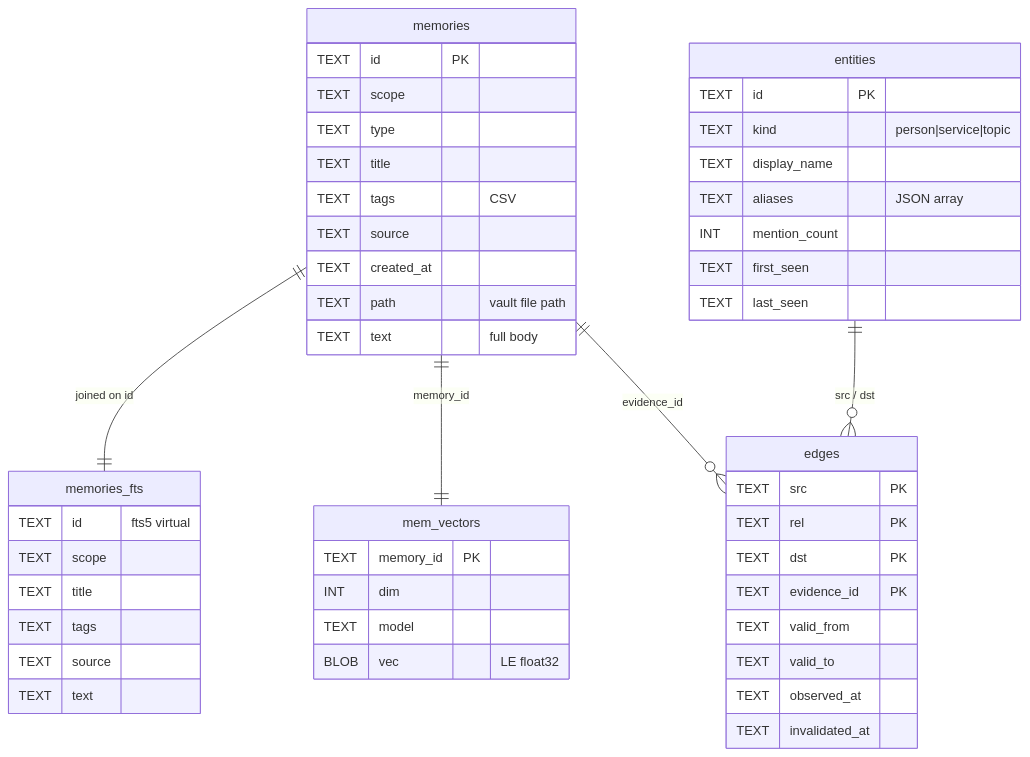
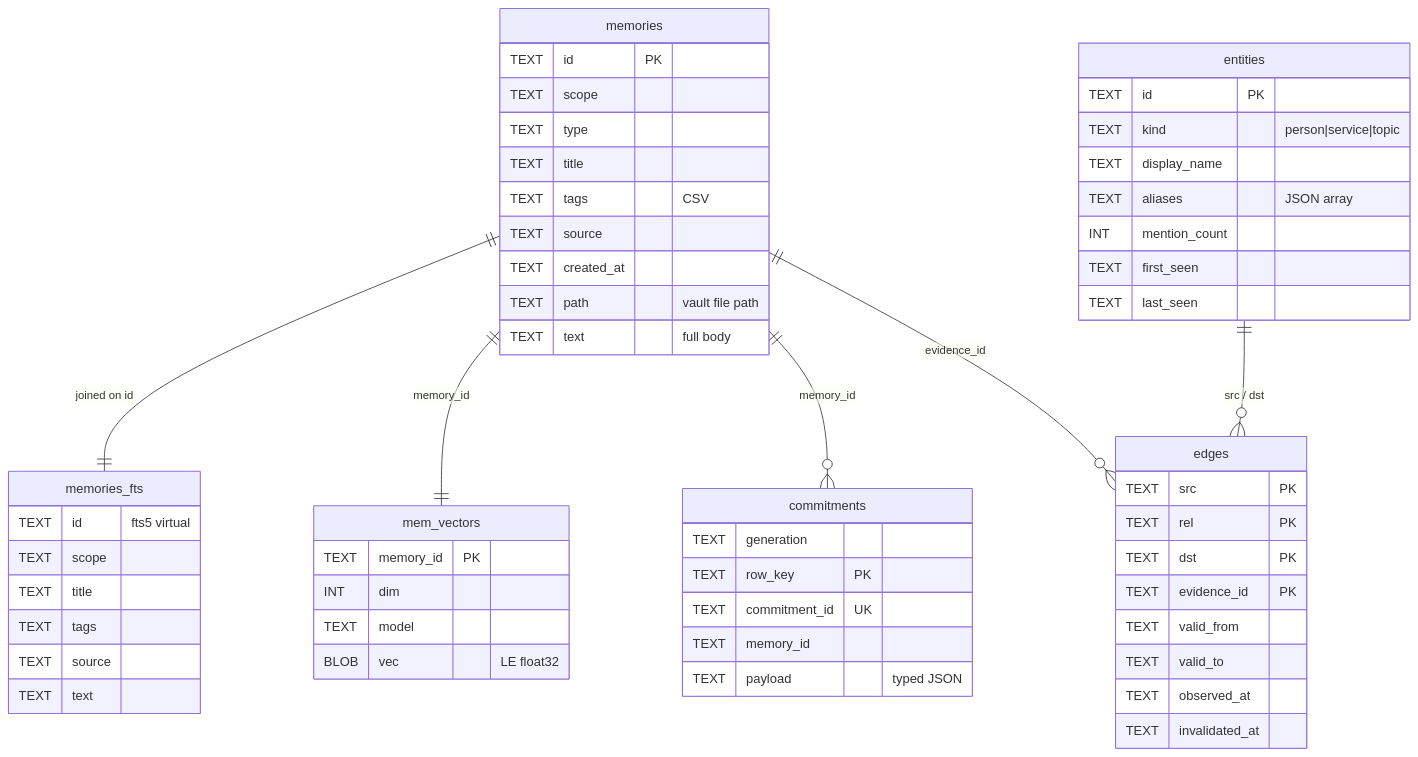
The third of 4 diagrams in docs/architecture/01-data-model-and-storage.md (pyranthus-hq/mora), drawn with Mermaid before and after one commit. The commit also changed other lines of this file and 18 other files, not shown here.

````diff
--- a/docs/architecture/01-data-model-and-storage.md
+++ b/docs/architecture/01-data-model-and-storage.md
@@ -156,51 +156,59 @@
 ```mermaid
 erDiagram
     memories {
         TEXT id PK
         TEXT scope
         TEXT type
         TEXT title
         TEXT tags "CSV"
         TEXT source
         TEXT created_at
         TEXT path "vault file path"
         TEXT text "full body"
     }
     memories_fts {
         TEXT id "fts5 virtual"
         TEXT scope
         TEXT title
         TEXT tags
         TEXT source
         TEXT text
     }
     mem_vectors {
         TEXT memory_id PK
         INT dim
         TEXT model
         BLOB vec "LE float32"
     }
+    commitments {
+        TEXT generation
+        TEXT row_key PK
+        TEXT commitment_id UK
+        TEXT memory_id
+        TEXT payload "typed JSON"
+    }
     entities {
         TEXT id PK
         TEXT kind "person|service|topic"
         TEXT display_name
         TEXT aliases "JSON array"
         INT mention_count
         TEXT first_seen
         TEXT last_seen
     }
     edges {
         TEXT src PK
         TEXT rel PK
         TEXT dst PK
         TEXT evidence_id PK
         TEXT valid_from
         TEXT valid_to
         TEXT observed_at
         TEXT invalidated_at
     }
     memories ||--|| memories_fts : "joined on id"
     memories ||--|| mem_vectors : "memory_id"
+    memories ||--o{ commitments : "memory_id"
     memories ||--o{ edges : "evidence_id"
     entities ||--o{ edges : "src / dst"
 ```
````
